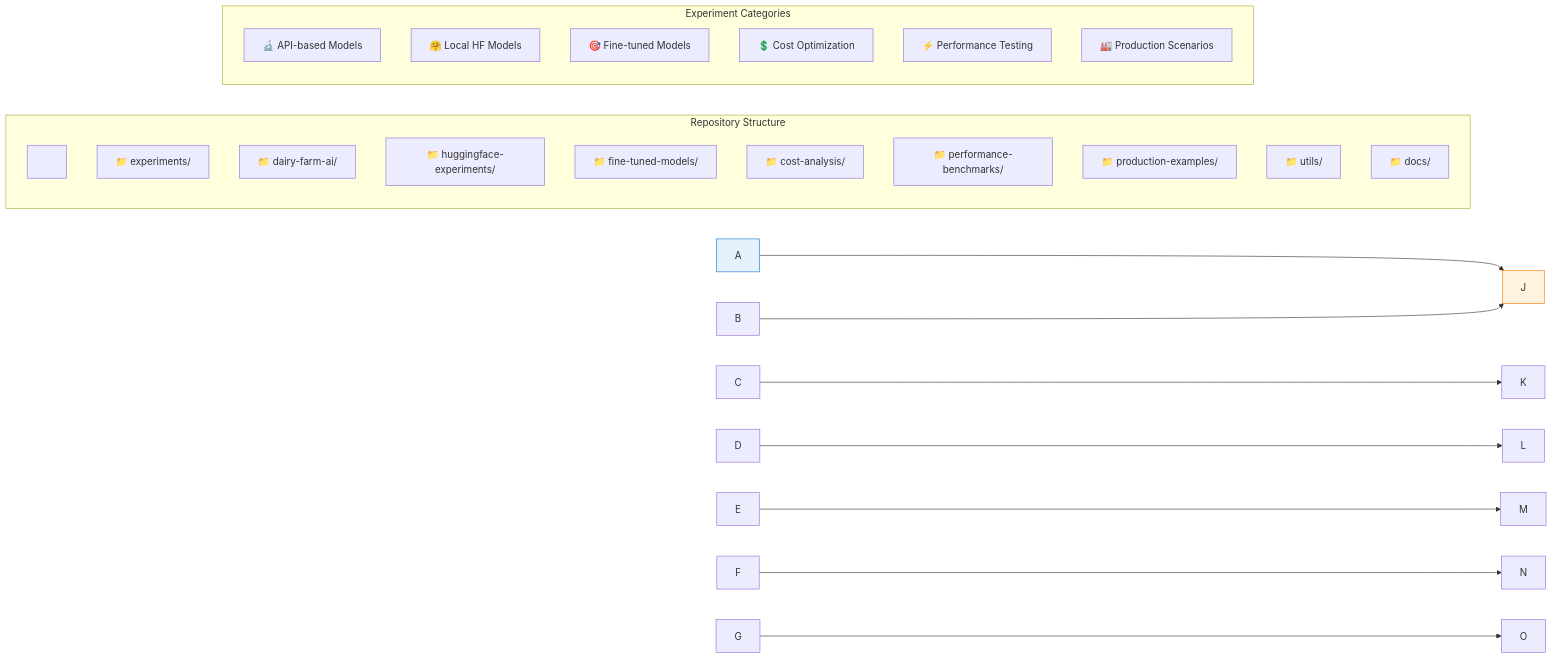
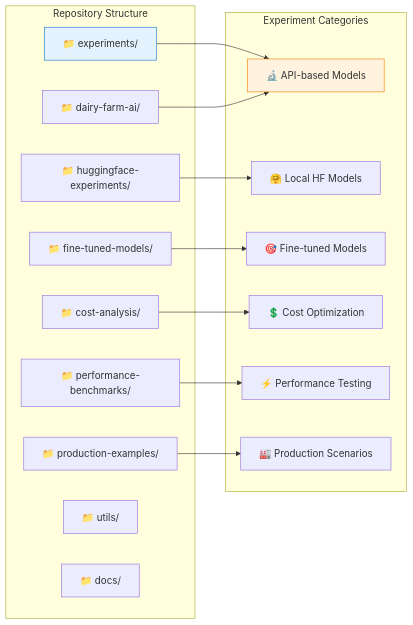
One commit to dhruvsh1997/LiteLLM-Experiments changed the second of 8 diagrams in README.MD. Above: the diagram before and after it, drawn with Mermaid. The commit also changed other lines of this file, not shown here.

````diff
--- a/README.MD
+++ b/README.MD
@@ -219,67 +114,34 @@
 ```mermaid
-
 graph LR
-
-&nbsp;   subgraph "Repository Structure"
-
-&nbsp;       A\[📁 experiments/]
-
-&nbsp;       B\[📁 dairy-farm-ai/]
-
-&nbsp;       C\[📁 huggingface-experiments/]
-
-&nbsp;       D\[📁 fine-tuned-models/]
-
-&nbsp;       E\[📁 cost-analysis/]
-
-&nbsp;       F\[📁 performance-benchmarks/]
-
-&nbsp;       G\[📁 production-examples/]
-
-&nbsp;       H\[📁 utils/]
-
-&nbsp;       I\[📁 docs/]
-
-&nbsp;   end
-
-&nbsp;   
-
-&nbsp;   subgraph "Experiment Categories"
-
-&nbsp;       J\[🔬 API-based Models]
-
-&nbsp;       K\[🤗 Local HF Models]
-
-&nbsp;       L\[🎯 Fine-tuned Models]
-
-&nbsp;       M\[💲 Cost Optimization]
-
-&nbsp;       N\[⚡ Performance Testing]
-
-&nbsp;       O\[🏭 Production Scenarios]
-
-&nbsp;   end
-
-&nbsp;   
-
-&nbsp;   A --> J
-
-&nbsp;   B --> J
-
-&nbsp;   C --> K
-
-&nbsp;   D --> L
-
-&nbsp;   E --> M
-
-&nbsp;   F --> N
-
-&nbsp;   G --> O
-
-&nbsp;   
-
-&nbsp;   style A fill:#E3F2FD,stroke:#1976D2
-
-&nbsp;   style J fill:#FFF3E0,stroke:#F57C00
-
+    subgraph "Repository Structure"
+        A[📁 experiments/]
+        B[📁 dairy-farm-ai/]
+        C[📁 huggingface-experiments/]
+        D[📁 fine-tuned-models/]
+        E[📁 cost-analysis/]
+        F[📁 performance-benchmarks/]
+        G[📁 production-examples/]
+        H[📁 utils/]
+        I[📁 docs/]
+    end
+    
+    subgraph "Experiment Categories"
+        J[🔬 API-based Models]
+        K[🤗 Local HF Models]
+        L[🎯 Fine-tuned Models]
+        M[💲 Cost Optimization]
+        N[⚡ Performance Testing]
+        O[🏭 Production Scenarios]
+    end
+    
+    A --> J
+    B --> J
+    C --> K
+    D --> L
+    E --> M
+    F --> N
+    G --> O
+    
+    style A fill:#E3F2FD,stroke:#1976D2
+    style J fill:#FFF3E0,stroke:#F57C00
 ```
````
